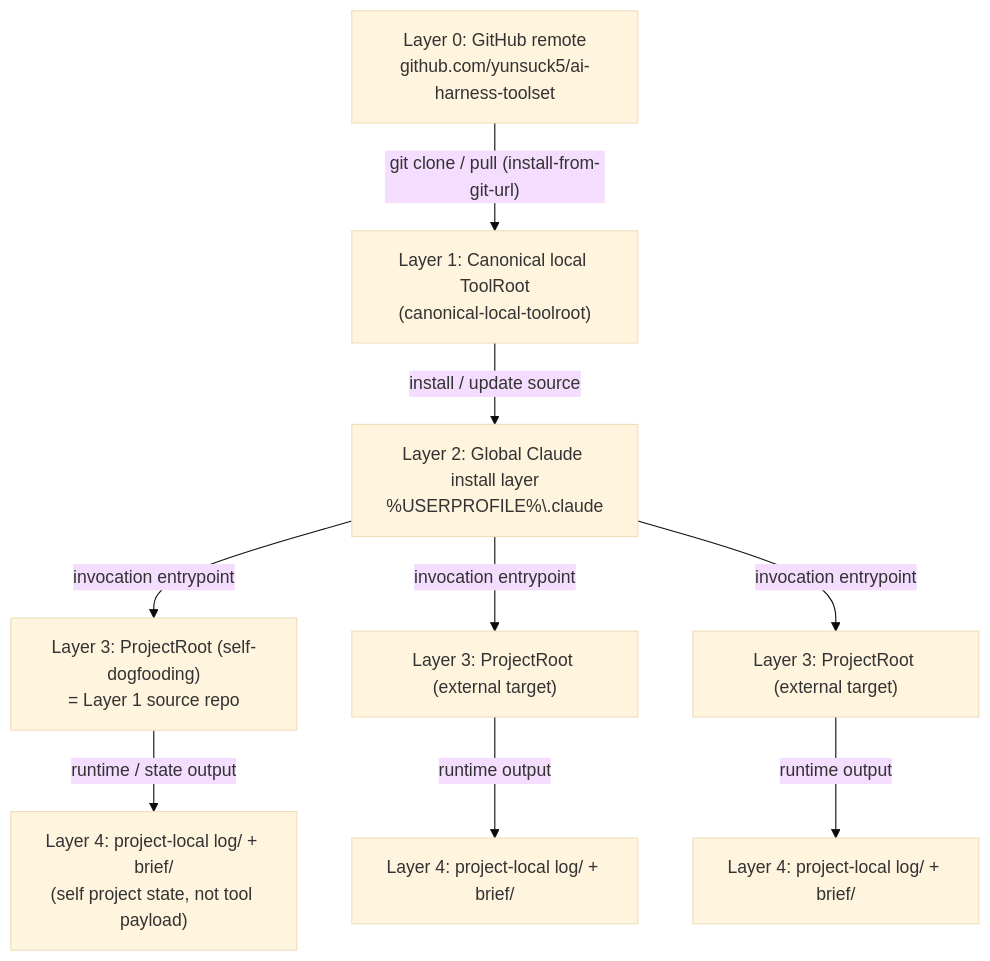
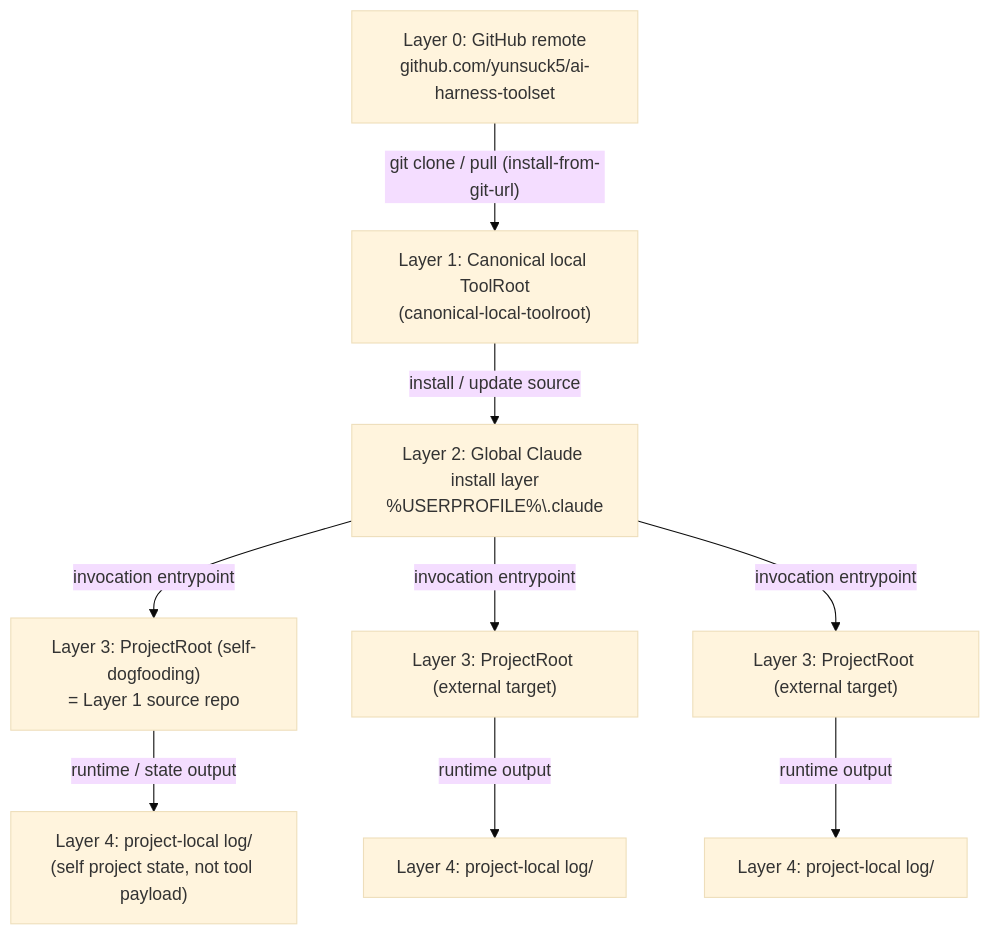
Before and after one commit to yunsuck5/ai-harness-toolset: the first of 6 diagrams in docs/systems/install-update/GLOBAL_INSTALL_UPDATE_MODEL.md, drawn with Mermaid (base theme). The commit also changed other lines of this file and 38 other files, not shown here.

````diff
--- a/docs/systems/install-update/GLOBAL_INSTALL_UPDATE_MODEL.md
+++ b/docs/systems/install-update/GLOBAL_INSTALL_UPDATE_MODEL.md
@@ -458,20 +458,20 @@
 ```mermaid
 graph TD
     L0["Layer 0: GitHub remote<br/>github.com/yunsuck5/ai-harness-toolset"]
     L1["Layer 1: Canonical local ToolRoot<br/>(canonical-local-toolroot)"]
     L2["Layer 2: Global Claude install layer<br/>%USERPROFILE%\.claude"]
     P1["Layer 3: ProjectRoot (self-dogfooding)<br/>= Layer 1 source repo"]
     P2["Layer 3: ProjectRoot (external target)"]
     P3["Layer 3: ProjectRoot (external target)"]
-    R1["Layer 4: project-local log/ + brief/<br/>(self project state, not tool payload)"]
-    R2["Layer 4: project-local log/ + brief/"]
-    R3["Layer 4: project-local log/ + brief/"]
+    R1["Layer 4: project-local log/<br/>(self project state, not tool payload)"]
+    R2["Layer 4: project-local log/"]
+    R3["Layer 4: project-local log/"]
     L0 -->|"git clone / pull (install-from-git-url)"| L1
     L1 -->|"install / update source"| L2
     L2 -->|"invocation entrypoint"| P1
     L2 -->|"invocation entrypoint"| P2
     L2 -->|"invocation entrypoint"| P3
     P1 -->|"runtime / state output"| R1
     P2 -->|"runtime output"| R2
     P3 -->|"runtime output"| R3
 ```
````
